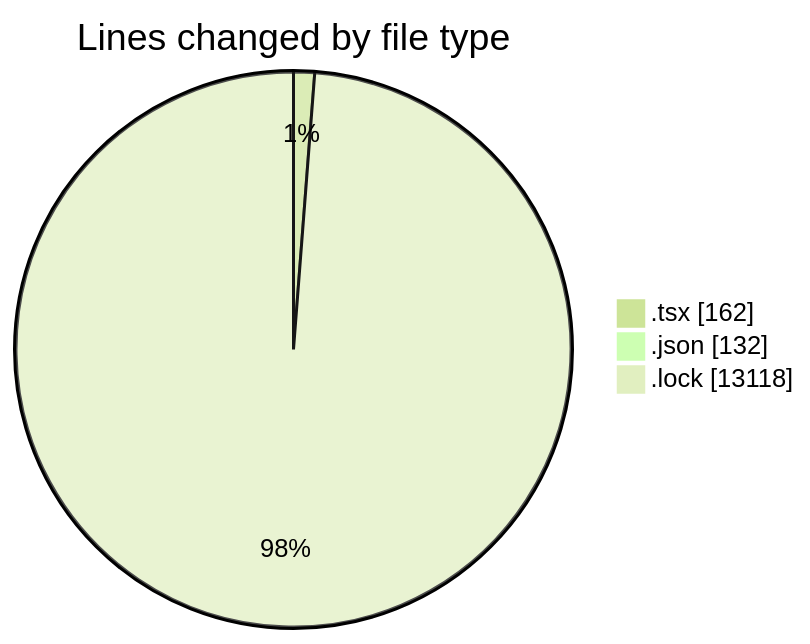
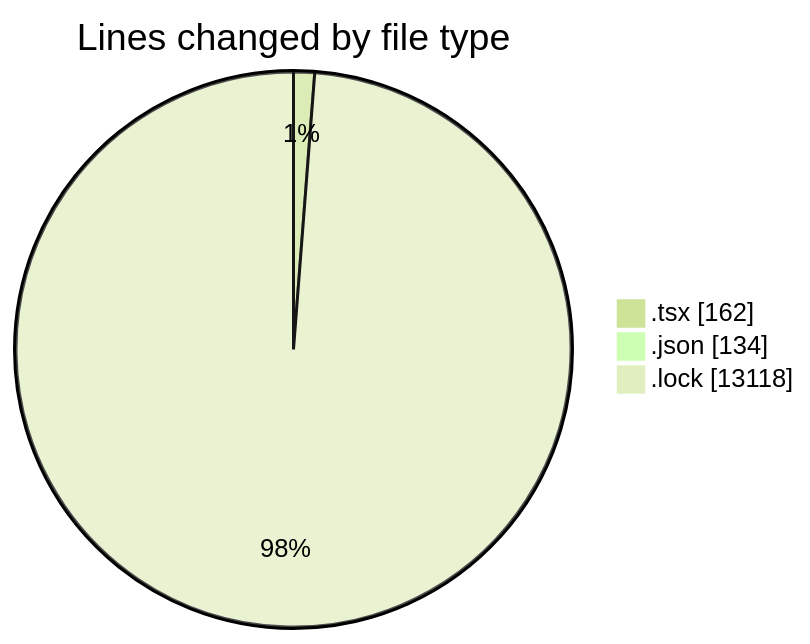
One commit to momahboobian/code-tracking changed the first of 2 diagrams in 2025-02-09/cda/README.md. Above: the diagram before and after it, drawn with Mermaid (forest theme). The commit also changed other lines of this file and 1 other file, not shown here.

````diff
--- a/2025-02-09/cda/README.md
+++ b/2025-02-09/cda/README.md
@@ -25,7 +25,7 @@
 ```mermaid
 pie showData
 title Lines changed by file type
 ".tsx" : 162
-".json" : 132
+".json" : 134
 ".lock" : 13118
 ```
````
